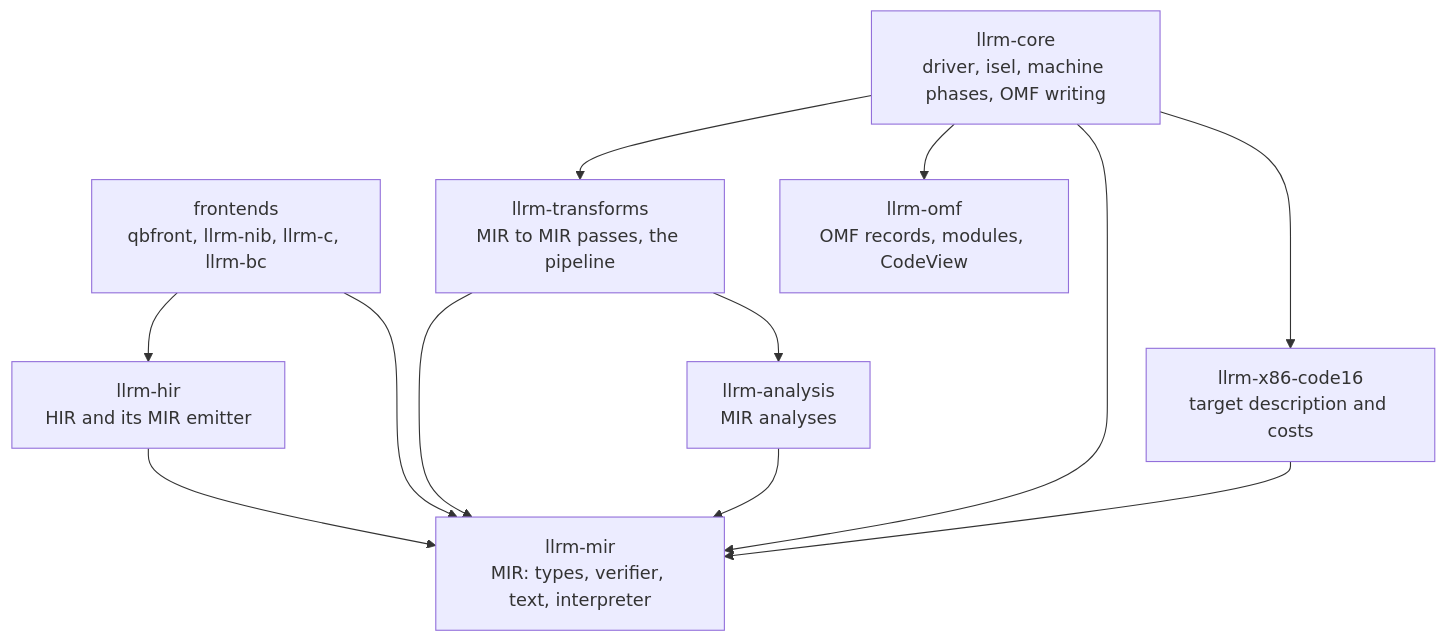
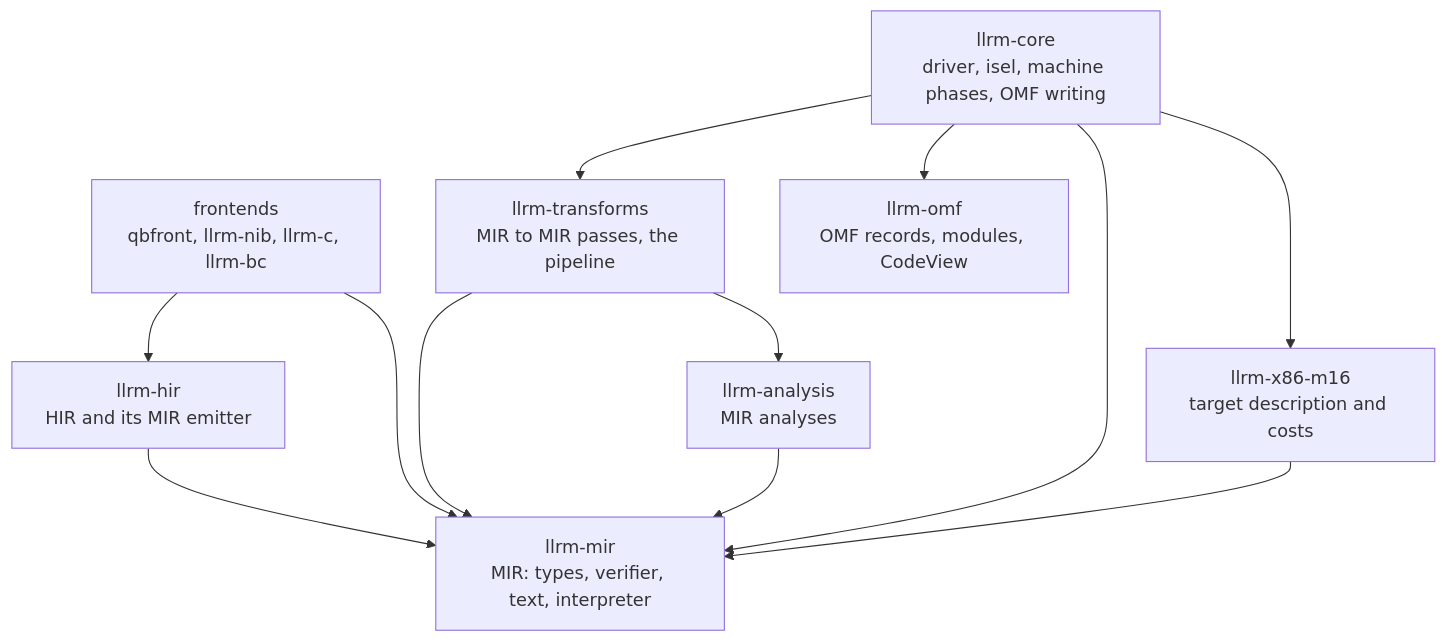
The tenth of 10 diagrams in docs/architecture/readme.md (ali-mosavian/llrm), drawn with Mermaid before and after one commit. The commit also changed 237 other files, not shown here.

````diff
--- a/docs/architecture/readme.md
+++ b/docs/architecture/readme.md
@@ -466,14 +466,14 @@
 ```mermaid
 flowchart TD
     Front["frontends<br/>qbfront, llrm-nib, llrm-c, llrm-bc"] --> Hir["llrm-hir<br/>HIR and its MIR emitter"]
     Hir --> Mir["llrm-mir<br/>MIR: types, verifier, text, interpreter"]
     Front --> Mir
     Trans["llrm-transforms<br/>MIR to MIR passes, the pipeline"] --> Mir
     Trans --> Analysis["llrm-analysis<br/>MIR analyses"]
     Analysis --> Mir
     Core["llrm-core<br/>driver, isel, machine phases, OMF writing"] --> Trans
     Core --> Mir
-    Core --> Target["llrm-x86-code16<br/>target description and costs"]
+    Core --> Target["llrm-x86-m16<br/>target description and costs"]
     Core --> Obj["llrm-omf<br/>OMF records, modules, CodeView"]
     Target --> Mir
 ```
````
